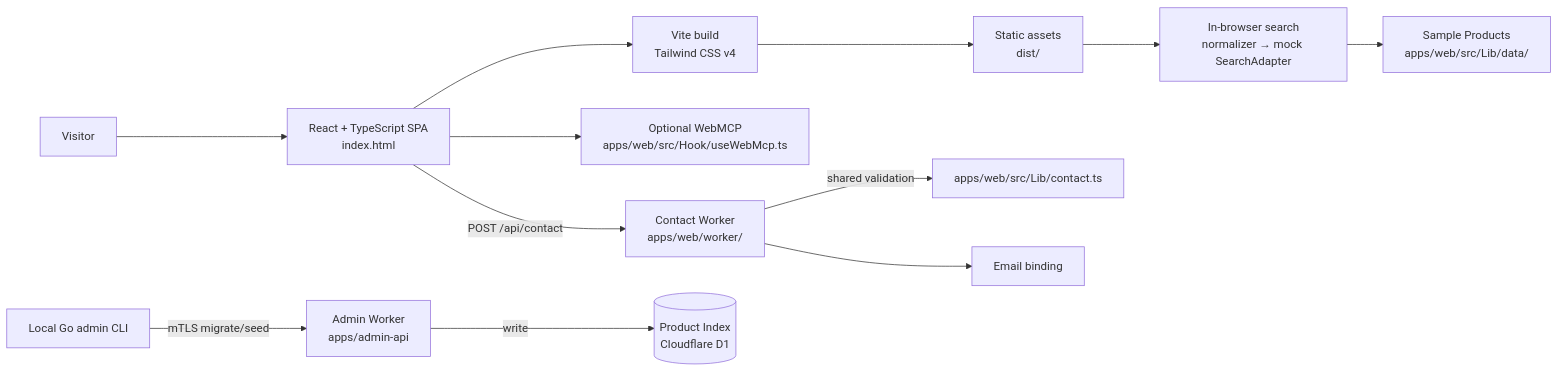
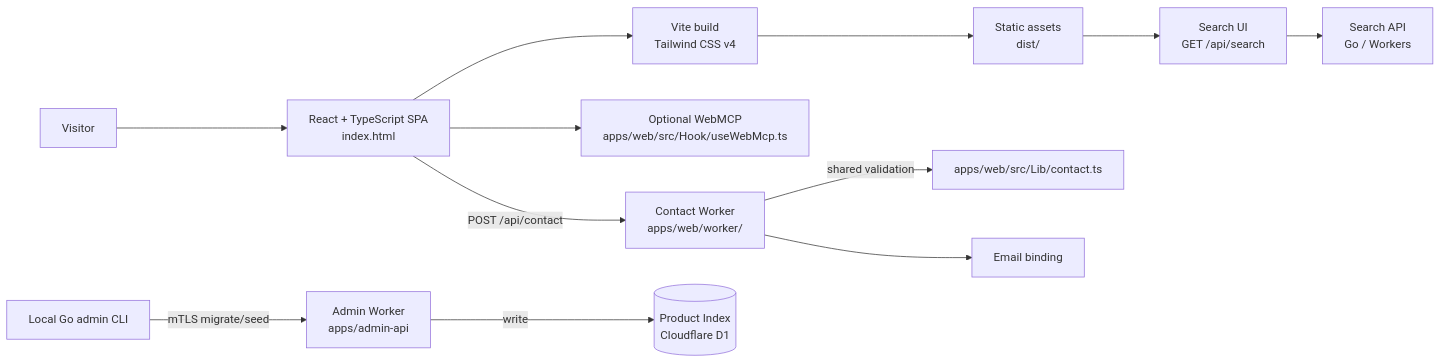
The first of 2 diagrams in docs/architecture.md (iskWang/taiwanhaul), drawn with Mermaid before and after one commit. The commit also changed other lines of this file and 16 other files, not shown here.

````diff
--- a/docs/architecture.md
+++ b/docs/architecture.md
@@ -56,14 +52,14 @@
 ```mermaid
 flowchart LR
   Visitor --> HTML["React + TypeScript SPA<br/>index.html"]
   HTML --> Vite["Vite build<br/>Tailwind CSS v4"]
   Vite --> Dist["Static assets<br/>dist/"]
-  Dist --> Search["In-browser search<br/>normalizer → mock SearchAdapter"]
-  Search --> Sample["Sample Products<br/>apps/web/src/Lib/data/"]
+  Dist --> Search["Search UI<br/>GET /api/search"]
+  Search --> API["Search API<br/>Go / Workers"]
   HTML --> WebMCP["Optional WebMCP<br/>apps/web/src/Hook/useWebMcp.ts"]
   HTML -->|POST /api/contact| Worker["Contact Worker<br/>apps/web/worker/"]
   Worker -->|shared validation| Contact["apps/web/src/Lib/contact.ts"]
   Worker --> Email["Email binding"]
   AdminCLI["Local Go admin CLI"] -->|mTLS migrate/seed| Admin["Admin Worker<br/>apps/admin-api"]
   Admin -->|write| D1[("Product Index<br/>Cloudflare D1")]
 ```
````
